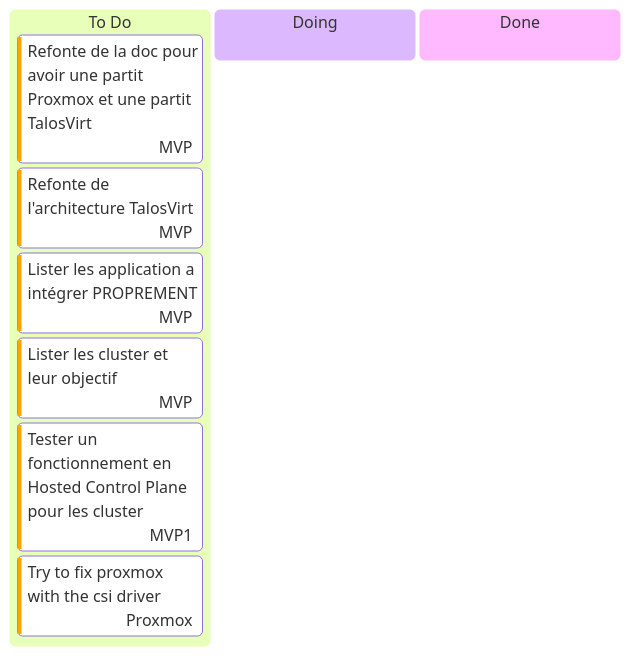
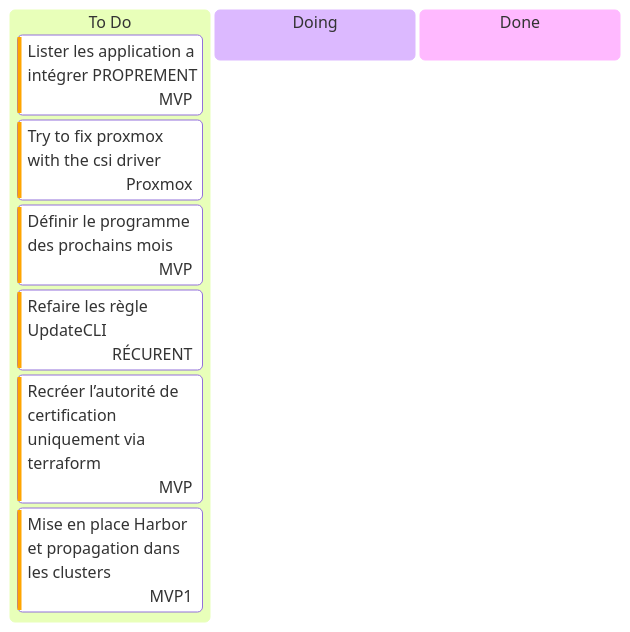
The diagram in 0.docs/0.introduction/kanban.md (batleforc/weebo-si), drawn with Mermaid before and after one commit. The commit also changed other lines of this file and 34 other files, not shown here.

````diff
--- a/0.docs/0.introduction/kanban.md
+++ b/0.docs/0.introduction/kanban.md
@@ -3,18 +3,18 @@
 ```mermaid
 ---
 config:
   kanban:
     ticketBaseUrl: 'https://github.com/batleforc/weebo-si/issue/#TICKET#'
 ---
 
 kanban
   todo[To Do]
-    us1[Refonte de la doc pour avoir une partit Proxmox et une partit TalosVirt]@{ assigned: MVP, priority: 'High'}
-    us2[Refonte de l'architecture TalosVirt]@{ assigned: MVP, priority: 'High'}
-    us3[Lister les application a intégrer PROPREMENT]@{ assigned: MVP, priority: 'High'}
-    us4[Lister les cluster et leur objectif]@{ assigned: MVP, priority: 'High'}
-    us5[Tester un fonctionnement en Hosted Control Plane pour les cluster]@{ assigned: MVP1, priority: 'High'}
-    us6[Try to fix proxmox with the csi driver]@{ assigned: Proxmox, priority: 'High'}
+    us201[Lister les application a intégrer PROPREMENT]@{ assigned: MVP, priority: 'High'}
+    us202[Try to fix proxmox with the csi driver]@{ assigned: Proxmox, priority: 'High'}
+    us203[Définir le programme des prochains mois]@{ assigned: MVP, priority: 'High'}
+    us204[Refaire les règle UpdateCLI]@{ assigned: RÉCURENT, priority: 'High'}
+    us205[Recréer l’autorité de certification uniquement via terraform]@{ assigned: MVP, priority: 'High'}
+    us206[Mise en place Harbor et propagation dans les clusters]@{ assigned: MVP1, priority: 'High'}
   doing[Doing]
   done[Done]
 ```
````
